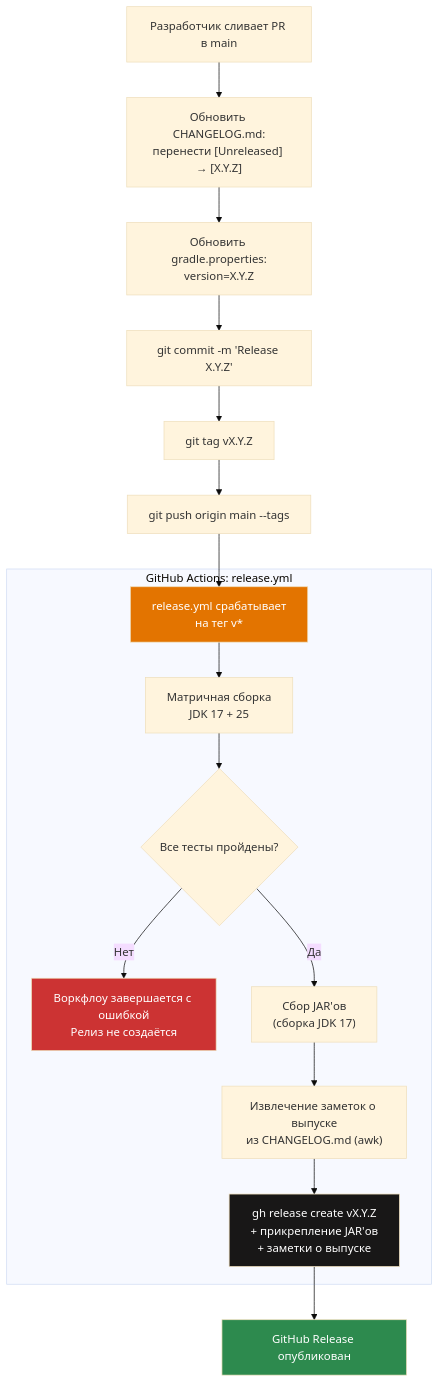
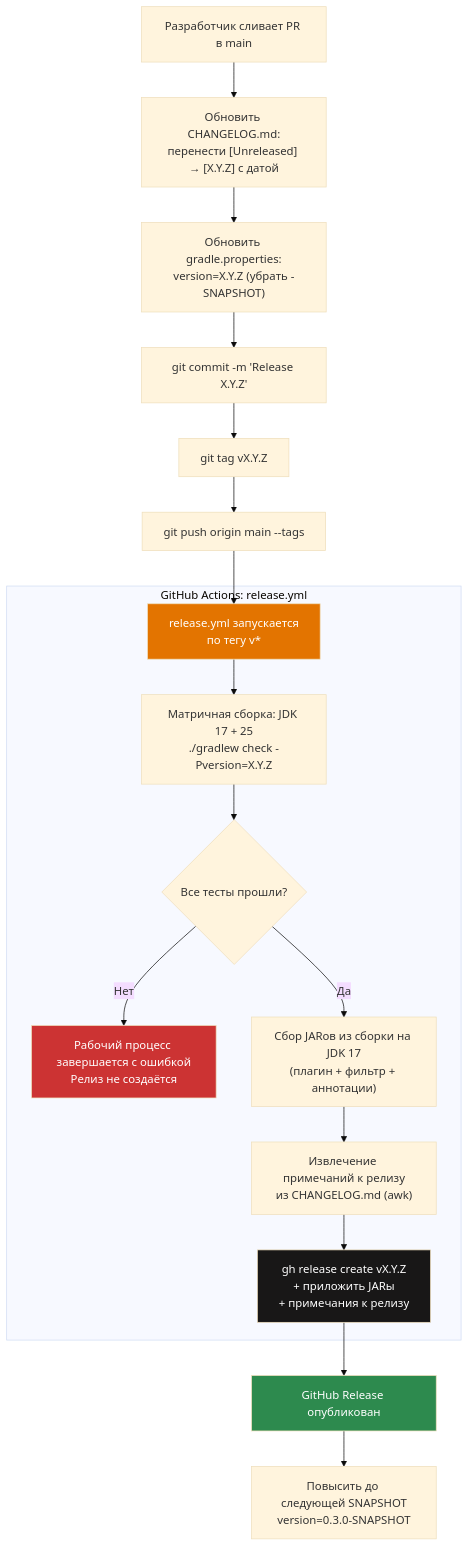
The diagram in docs/ru/08-changelog.md (ioplane/mutaktor), drawn with Mermaid (base theme) before and after one commit. The commit also changed other lines of this file and 13 other files, not shown here.

````diff
--- a/docs/ru/08-changelog.md
+++ b/docs/ru/08-changelog.md
@@ -132,25 +131,26 @@
 ```mermaid
 flowchart TD
-    dev["Разработчик сливает PR в main"] --> update["Обновить CHANGELOG.md:\nперенести [Unreleased] → [X.Y.Z]"]
-    update --> bump["Обновить gradle.properties:\nversion=X.Y.Z"]
+    dev["Разработчик сливает PR в main"] --> update["Обновить CHANGELOG.md:\nперенести [Unreleased] → [X.Y.Z] с датой"]
+    update --> bump["Обновить gradle.properties:\nversion=X.Y.Z (убрать -SNAPSHOT)"]
     bump --> commit["git commit -m 'Release X.Y.Z'"]
     commit --> tag["git tag vX.Y.Z"]
     tag --> push["git push origin main --tags"]
-    push --> trigger["release.yml срабатывает\nна тег v*"]
+    push --> trigger["release.yml запускается\nпо тегу v*"]
 
     subgraph "GitHub Actions: release.yml"
-        trigger --> matrix["Матричная сборка\nJDK 17 + 25"]
-        matrix --> testok{Все тесты пройдены?}
-        testok -- Нет --> fail["Воркфлоу завершается с ошибкой\nРелиз не создаётся"]
-        testok -- Да --> jars["Сбор JAR'ов\n(сборка JDK 17)"]
-        jars --> extract["Извлечение заметок о выпуске\nиз CHANGELOG.md (awk)"]
-        extract --> ghrel["gh release create vX.Y.Z\n+ прикрепление JAR'ов\n+ заметки о выпуске"]
+        trigger --> matrix["Матричная сборка: JDK 17 + 25\n./gradlew check -Pversion=X.Y.Z"]
+        matrix --> testok{Все тесты прошли?}
+        testok -- Нет --> fail["Рабочий процесс завершается с ошибкой\nРелиз не создаётся"]
+        testok -- Да --> jars["Сбор JARов из сборки на JDK 17\n(плагин + фильтр + аннотации)"]
+        jars --> extract["Извлечение примечаний к релизу\nиз CHANGELOG.md (awk)"]
+        extract --> ghrel["gh release create vX.Y.Z\n+ приложить JARы\n+ примечания к релизу"]
     end
 
     ghrel --> done["GitHub Release опубликован"]
+    done --> snapshot["Повысить до следующей SNAPSHOT\nversion=0.3.0-SNAPSHOT"]
 
     style trigger fill:#e37400,color:#fff
     style ghrel fill:#181717,color:#fff
     style fail fill:#cc3333,color:#fff
     style done fill:#2d8a4e,color:#fff
 ```
````
